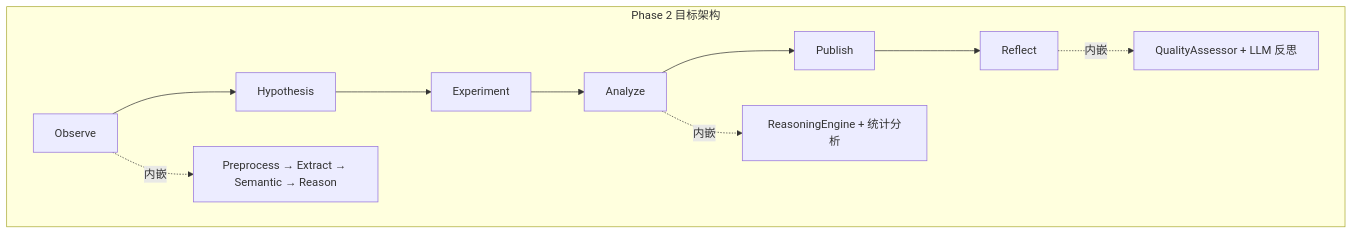
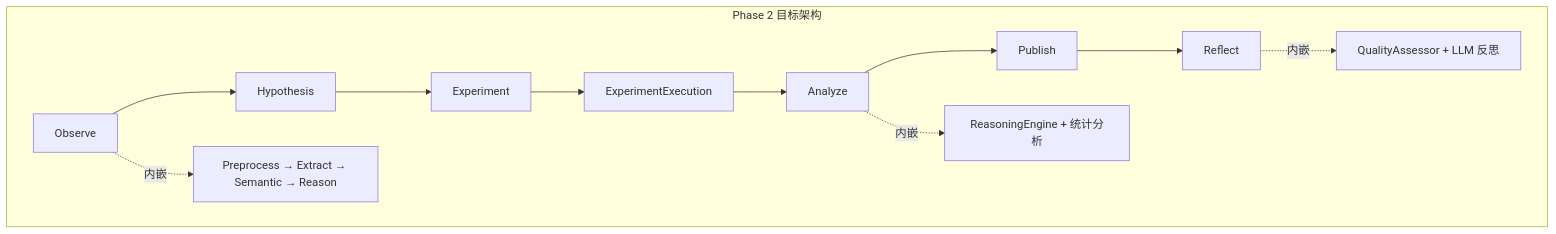
The sixth of 6 diagrams in ARCHITECTURE_AUDIT_2026_04_06.md (guose1314/tcmautoresearch), drawn with Mermaid before and after one commit. The commit also changed other lines of this file and 115 other files, not shown here.

````diff
--- a/ARCHITECTURE_AUDIT_2026_04_06.md
+++ b/ARCHITECTURE_AUDIT_2026_04_06.md
@@ -321,14 +339,15 @@
 ```mermaid
 graph TD
     subgraph "Phase 2 目标架构"
         O[Observe] --> H[Hypothesis]
         H --> E[Experiment]
-        E --> AN[Analyze]
+        E --> EX[ExperimentExecution]
+        EX --> AN[Analyze]
         AN --> P[Publish]
         P --> R[Reflect]
 
         O -.-> |内嵌| PP[Preprocess → Extract → Semantic → Reason]
         AN -.-> |内嵌| RE[ReasoningEngine + 统计分析]
         R -.-> |内嵌| QA[QualityAssessor + LLM 反思]
     end
 ```
````
